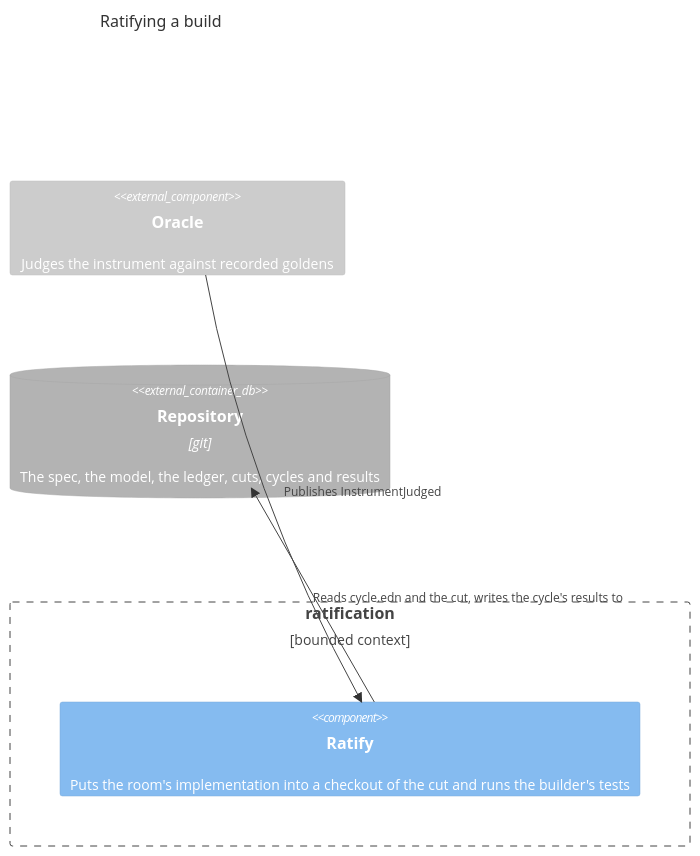
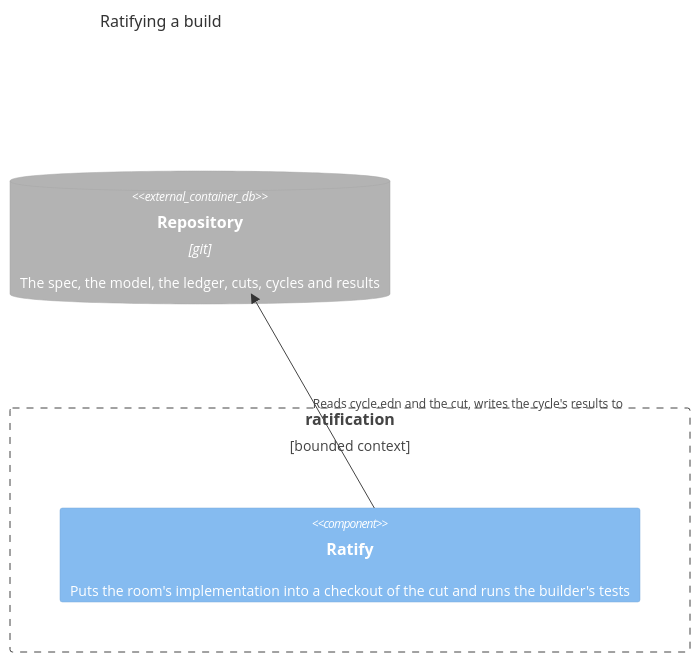
The diagram in dhf/views/ratification-components.mmd (scope-impact/rdm), drawn with Mermaid before and after one commit. The commit also changed 29 other files, not shown here.

First line of the commit message:
Spec: a gate instead of InstrumentJudged

```diff
--- a/dhf/views/ratification-components.mmd
+++ b/dhf/views/ratification-components.mmd
@@ -1,10 +1,8 @@
-%% model-sha256: 72960679dc7ab913ec75ac414549beb8671e2c6d3a3bebab733f41ff58925c8d; generated by rdm-spec views from dhf/spec/model.edn, view "ratification-components"; do not edit
+%% model-sha256: 3f834c4d6a4c73c6dd9815e9f3cd5cc38962f609f73376839798aad2a1e2f5f5; generated by rdm-spec views from dhf/spec/model.edn, view "ratification-components"; do not edit
 C4Component
 title Ratifying a build
 Boundary(boundary__ratification, "ratification", "bounded context") {
   Component(ratification__ratify, "Ratify", "", "Puts the room's implementation into a checkout of the cut and runs the builder's tests")
 }
-Component_Ext(measurement__oracle, "Oracle", "", "Judges the instrument against recorded goldens")
 ContainerDb_Ext(repository, "Repository", "git", "The spec, the model, the ledger, cuts, cycles and results")
 Rel(ratification__ratify, repository, "Reads cycle.edn and the cut, writes the cycle's results to")
-Rel(measurement__oracle, ratification__ratify, "Publishes InstrumentJudged")
```
